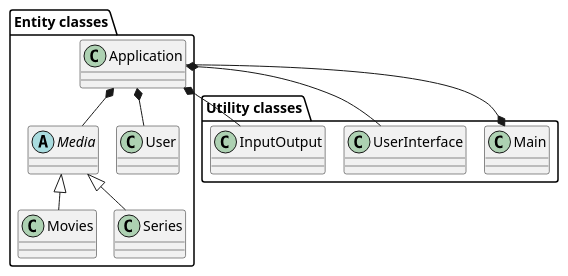
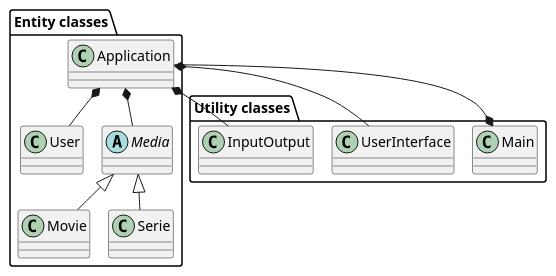
The diagram in Documentation/classDiagramUpdated.puml (badranyoussef/SP3), drawn with PlantUML before and after one commit. The commit also changed 1 other file, not shown here.

```diff
--- a/Documentation/classDiagramUpdated.puml
+++ b/Documentation/classDiagramUpdated.puml
@@ -1,27 +1,32 @@
 @startuml
 'https://plantuml.com/class-diagram
 !pragma layout smetana
 
+'Utility Package
 package "Utility classes"{
 class Main
 class UserInterface
 class InputOutput
 }
 
+'Entity Package
 package "Entity classes"{
-class Movies
-class Series
-abstract Media
+class Movie
+class Serie
 class Application
 class User
+abstract Media
 }
 
+'Class Relations
 Application *-- UserInterface
 Application *-- InputOutput
-Main *-- Application
 Application *-- User
 Application *-- Media
-Media <|-- Series
-Media <|-- Movies
+Media <|-- Serie
+Media <|-- Movie
+Main *-- Application
+
+'Class Methods & Attributes
 
 @enduml
```
